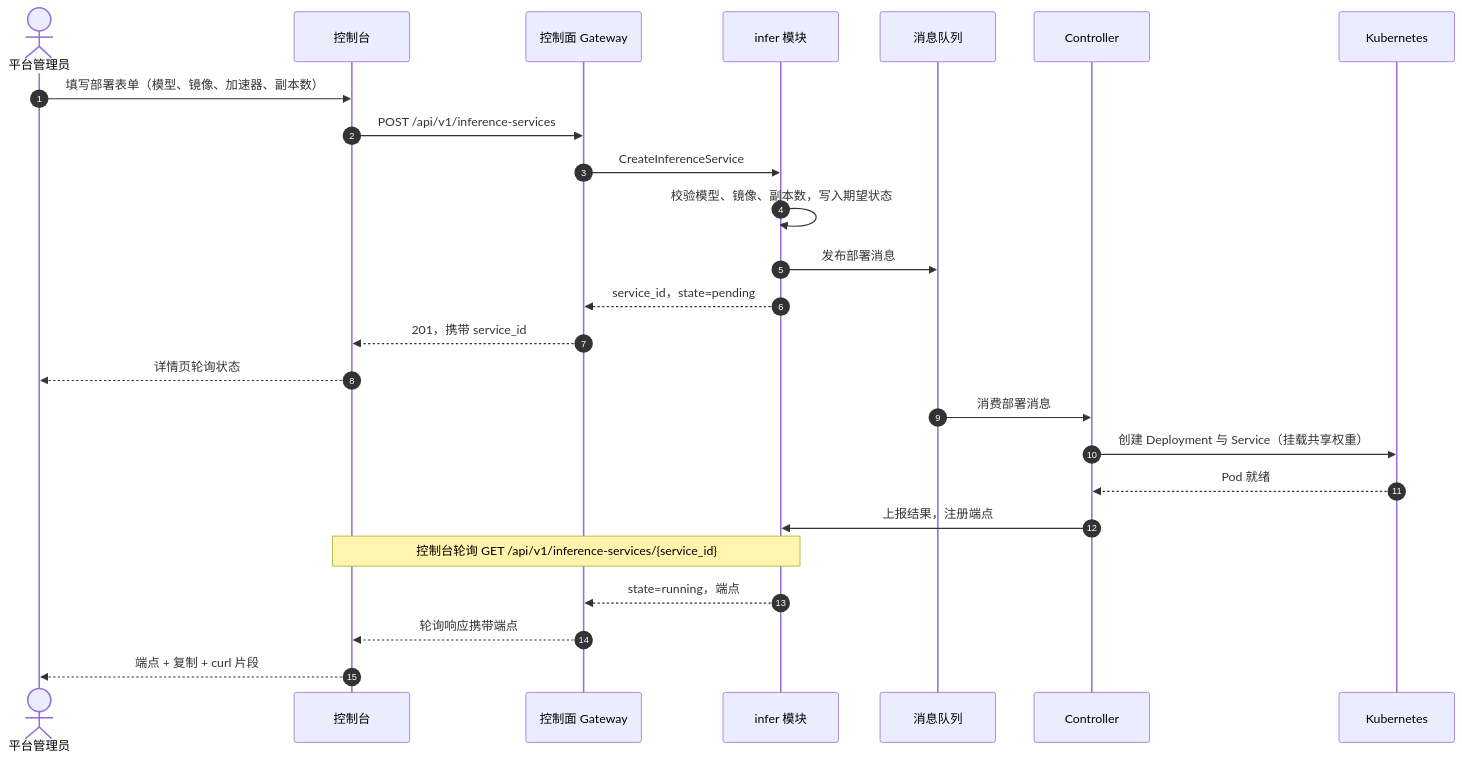
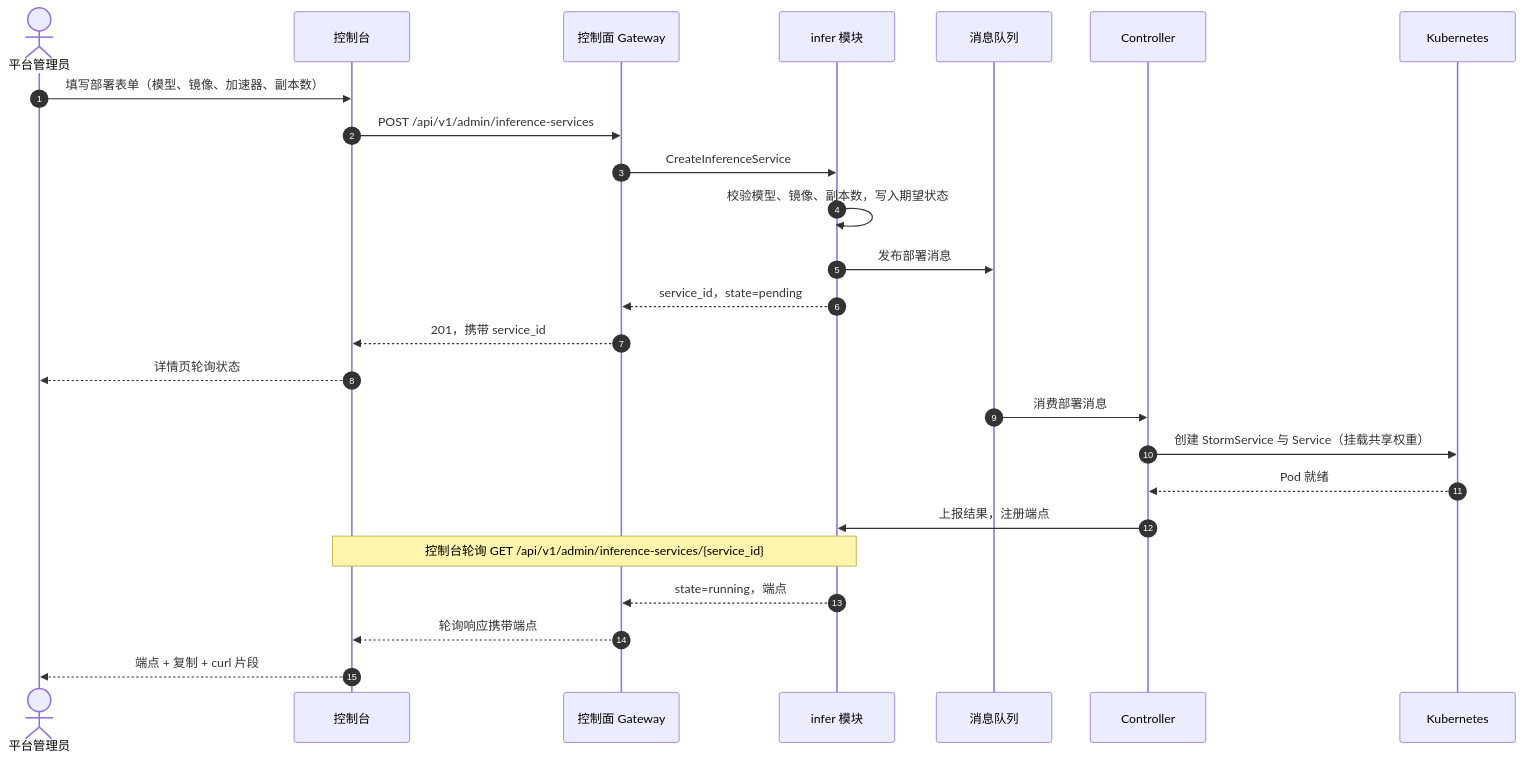
Before and after one commit to go-taas/go-taas: the third of 4 diagrams in site/docs/design/model-catalog-deployment.zh-cn.md, drawn with Mermaid. The commit also changed other lines of this file and 41 other files, not shown here.

````diff
--- a/site/docs/design/model-catalog-deployment.zh-cn.md
+++ b/site/docs/design/model-catalog-deployment.zh-cn.md
@@ -193,28 +193,28 @@
 ```mermaid
 sequenceDiagram
     autonumber
     actor Admin as 平台管理员
     participant Console as 控制台
     participant CGW as 控制面 Gateway
     participant Infer as infer 模块
     participant MQ as 消息队列
     participant CTRL as Controller
     participant K8s as Kubernetes
 
     Admin->>Console: 填写部署表单（模型、镜像、加速器、副本数）
-    Console->>CGW: POST /api/v1/inference-services
+    Console->>CGW: POST /api/v1/admin/inference-services
     CGW->>Infer: CreateInferenceService
     Infer->>Infer: 校验模型、镜像、副本数，写入期望状态
     Infer->>MQ: 发布部署消息
     Infer-->>CGW: service_id，state=pending
     CGW-->>Console: 201，携带 service_id
     Console-->>Admin: 详情页轮询状态
     MQ->>CTRL: 消费部署消息
-    CTRL->>K8s: 创建 Deployment 与 Service（挂载共享权重）
+    CTRL->>K8s: 创建 StormService 与 Service（挂载共享权重）
     K8s-->>CTRL: Pod 就绪
     CTRL->>Infer: 上报结果，注册端点
-    Note over Console,Infer: 控制台轮询 GET /api/v1/inference-services/{service_id}
+    Note over Console,Infer: 控制台轮询 GET /api/v1/admin/inference-services/{service_id}
     Infer-->>CGW: state=running，端点
     CGW-->>Console: 轮询响应携带端点
     Console-->>Admin: 端点 + 复制 + curl 片段
 ```
````
